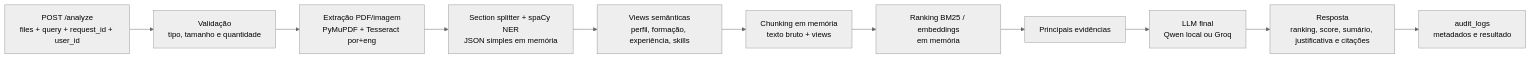
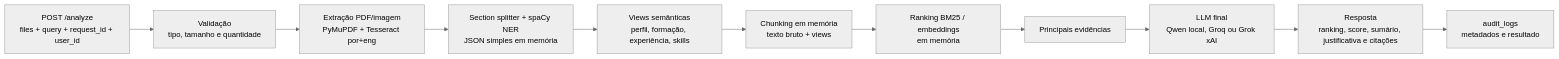
One commit to leandrolrs18/resume-analyzer changed the diagram in README.md. Above: the diagram before and after it, drawn with Mermaid (neutral theme). The commit also changed other lines of this file and 19 other files, not shown here.

````diff
--- a/README.md
+++ b/README.md
@@ -86,13 +85,13 @@
 ```mermaid
 flowchart LR
     A["POST /analyze<br/>files + query + request_id + user_id"] --> B["Validação<br/>tipo, tamanho e quantidade"]
     B --> C["Extração PDF/imagem<br/>PyMuPDF + Tesseract por+eng"]
     C --> D["Section splitter + spaCy NER<br/>JSON simples em memória"]
     D --> E["Views semânticas<br/>perfil, formação, experiência, skills"]
     E --> F["Chunking em memória<br/>texto bruto + views"]
     F --> G["Ranking BM25 / embeddings<br/>em memória"]
     G --> H["Principais evidências"]
-    H --> I["LLM final<br/>Qwen local ou Groq"]
+    H --> I["LLM final<br/>Qwen local, Groq ou Grok xAI"]
     I --> J["Resposta<br/>ranking, score, sumário, justificativa e citações"]
     J --> K["audit_logs<br/>metadados e resultado"]
 ```
````
